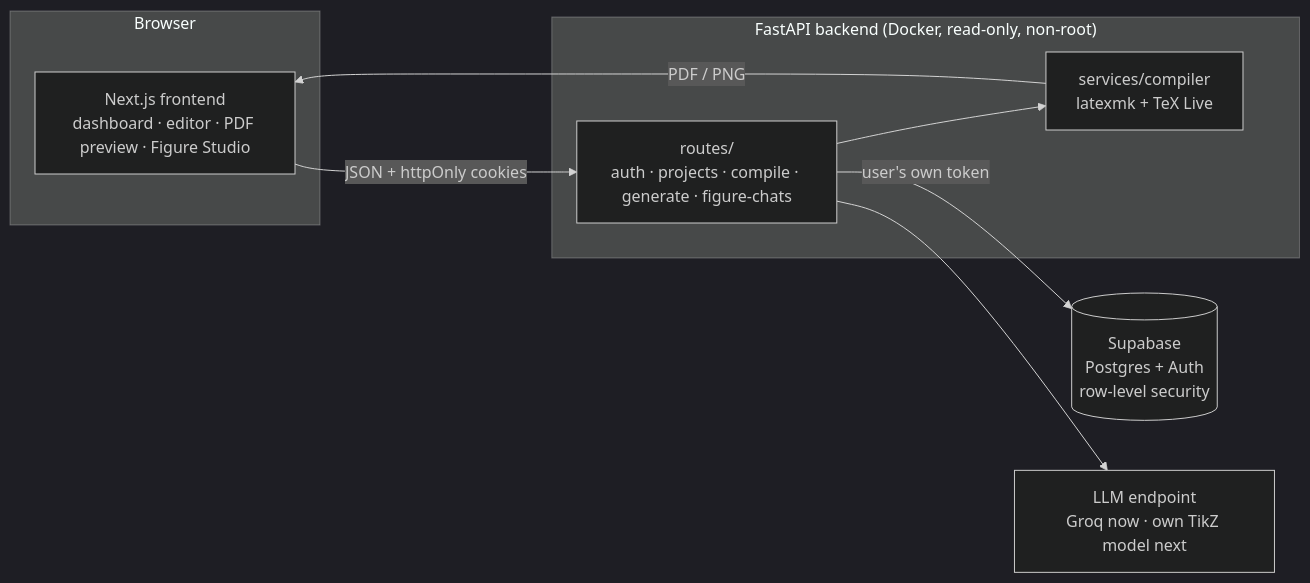
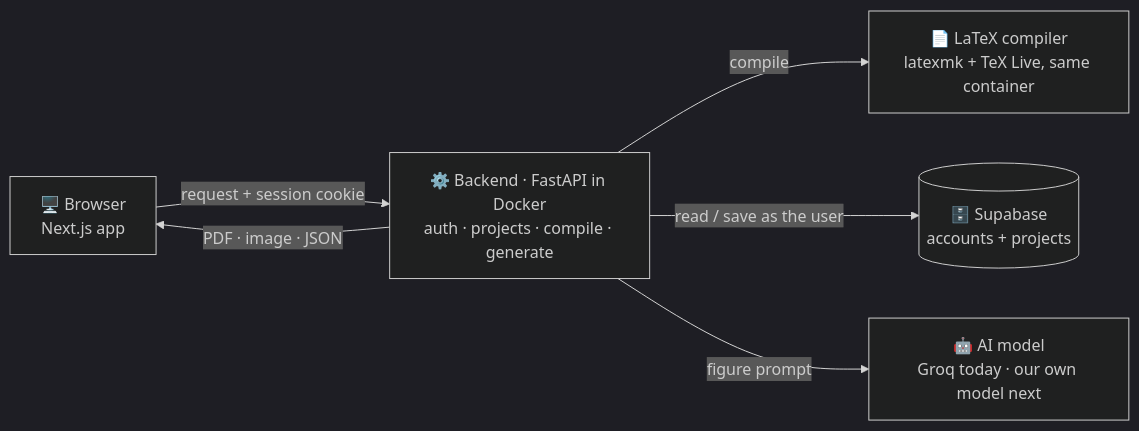
Before and after one commit to Pini-Hegde/TikZ-Studio: the first of 3 diagrams in README.md, drawn with Mermaid (dark theme). The commit also changed other lines of this file, not shown here.

Commit message:
Updated README file

````diff
--- a/README.md
+++ b/README.md
@@ -24,20 +24,14 @@
 ```mermaid
 flowchart LR
-    subgraph Browser
-        UI["Next.js frontend<br/>dashboard · editor · PDF preview · Figure Studio"]
-    end
+    U["🖥️ Browser<br/>Next.js app"]
+    B["⚙️ Backend · FastAPI in Docker<br/>auth · projects · compile · generate"]
+    T["📄 LaTeX compiler<br/>latexmk + TeX Live, same container"]
+    S[("🗄️ Supabase<br/>accounts + projects")]
+    M["🤖 AI model<br/>Groq today · our own model next"]
 
-    subgraph Backend["FastAPI backend (Docker, read-only, non-root)"]
-        API["routes/<br/>auth · projects · compile · generate · figure-chats"]
-        SVC["services/compiler<br/>latexmk + TeX Live"]
-    end
-
-    DB[("Supabase<br/>Postgres + Auth<br/>row-level security")]
-    LLM["LLM endpoint<br/>Groq now · own TikZ model next"]
-
-    UI -- "JSON + httpOnly cookies" --> API
-    API --> SVC
-    API -- "user's own token" --> DB
-    API --> LLM
-    SVC -- "PDF / PNG" --> UI
+    U -- "request + session cookie" --> B
+    B -- "PDF · image · JSON" --> U
+    B -- "compile" --> T
+    B -- "read / save as the user" --> S
+    B -- "figure prompt" --> M
 ```
````
